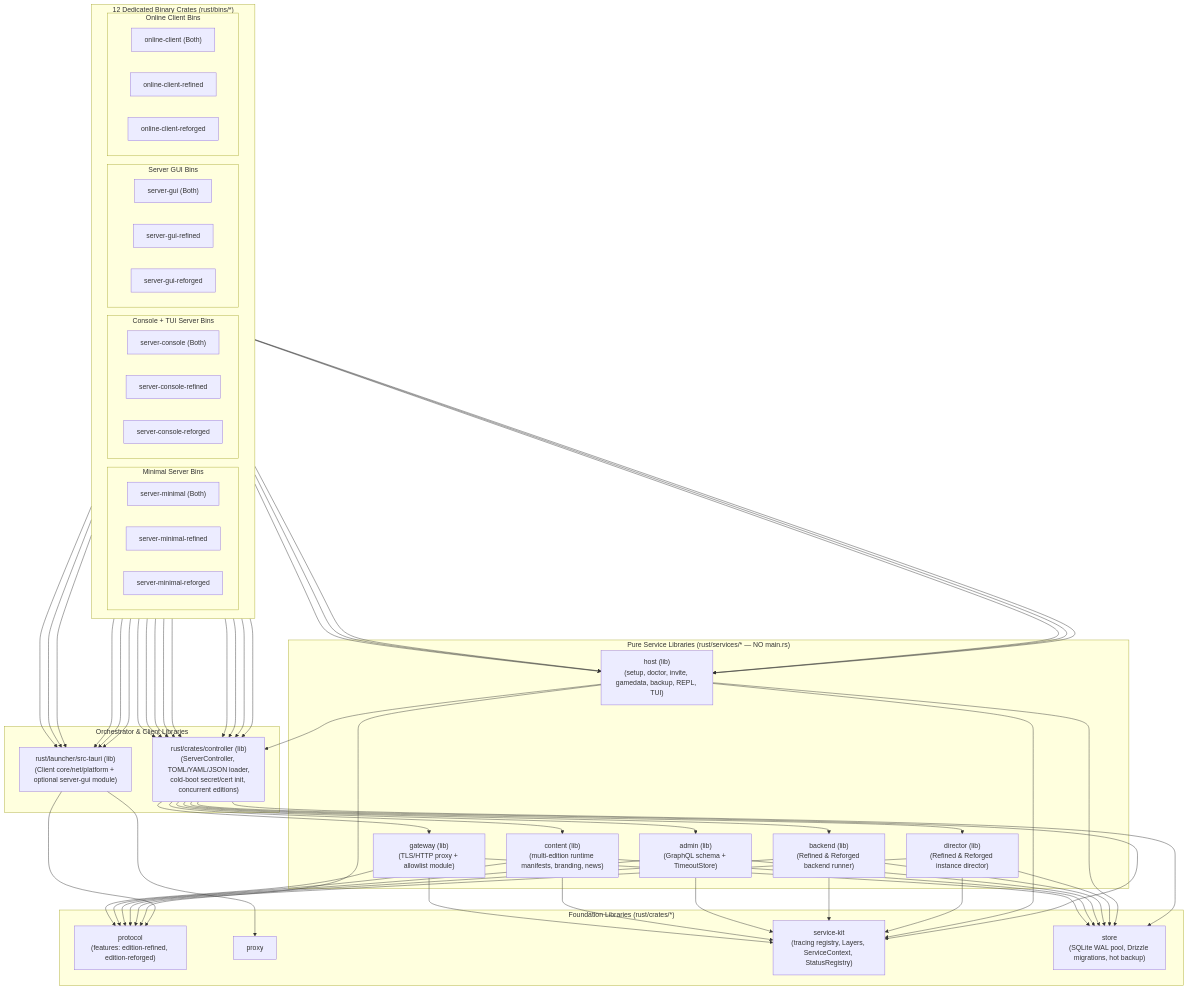
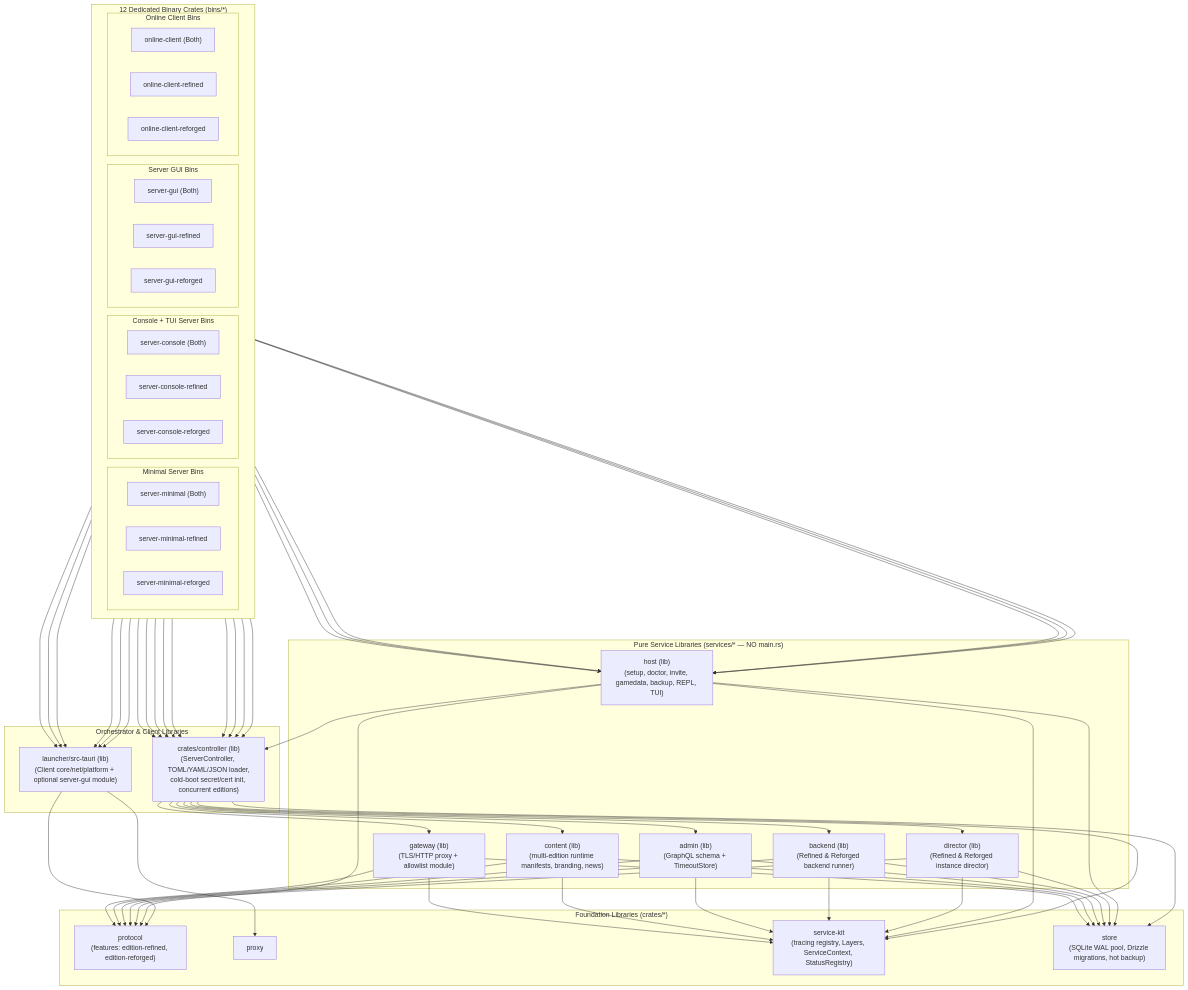
The first of 2 diagrams in docs/app-structure-plan.md (Dainty-Lass/Dainty-Lass), drawn with Mermaid before and after one commit. The commit also changed other lines of this file and 102 other files, not shown here.

````diff
--- a/docs/app-structure-plan.md
+++ b/docs/app-structure-plan.md
@@ -23,57 +23,57 @@
 ```mermaid
 flowchart TB
-    subgraph SharedCrates["Foundation Libraries (rust/crates/*)"]
+    subgraph SharedCrates["Foundation Libraries (crates/*)"]
         Protocol["protocol\n(features: edition-refined, edition-reforged)"]
         Proxy["proxy"]
         ServiceKit["service-kit\n(tracing registry, Layers, ServiceContext, StatusRegistry)"]
         Store["store\n(SQLite WAL pool, Drizzle migrations, hot backup)"]
     end
 
-    subgraph PureServiceLibs["Pure Service Libraries (rust/services/* — NO main.rs)"]
+    subgraph PureServiceLibs["Pure Service Libraries (services/* — NO main.rs)"]
         GW["gateway (lib)\n(TLS/HTTP proxy + allowlist module)"]
         CS["content (lib)\n(multi-edition runtime manifests, branding, news)"]
         AD["admin (lib)\n(GraphQL schema + TimeoutStore)"]
         BE["backend (lib)\n(Refined & Reforged backend runner)"]
         DR["director (lib)\n(Refined & Reforged instance director)"]
         HostLib["host (lib)\n(setup, doctor, invite, gamedata, backup, REPL, TUI)"]
     end
 
     subgraph CoreOrchestrators["Orchestrator & Client Libraries"]
-        Controller["rust/crates/controller (lib)\n(ServerController, TOML/YAML/JSON loader,\ncold-boot secret/cert init, concurrent editions)"]
-        LauncherLib["rust/launcher/src-tauri (lib)\n(Client core/net/platform + optional server-gui module)"]
+        Controller["crates/controller (lib)\n(ServerController, TOML/YAML/JSON loader,\ncold-boot secret/cert init, concurrent editions)"]
+        LauncherLib["launcher/src-tauri (lib)\n(Client core/net/platform + optional server-gui module)"]
     end
 
-    subgraph DedicatedBins["12 Dedicated Binary Crates (rust/bins/*)"]
+    subgraph DedicatedBins["12 Dedicated Binary Crates (bins/*)"]
         direction LR
         subgraph MinimalBins["Minimal Server Bins"]
             SM_B["server-minimal (Both)"]
             SM_R1["server-minimal-refined"]
             SM_R2["server-minimal-reforged"]
         end
         subgraph ConsoleBins["Console + TUI Server Bins"]
             SC_B["server-console (Both)"]
             SC_R1["server-console-refined"]
             SC_R2["server-console-reforged"]
         end
         subgraph GuiBins["Server GUI Bins"]
             SG_B["server-gui (Both)"]
             SG_R1["server-gui-refined"]
             SG_R2["server-gui-reforged"]
         end
         subgraph ClientBins["Online Client Bins"]
             OC_B["online-client (Both)"]
             OC_R1["online-client-refined"]
             OC_R2["online-client-reforged"]
         end
     end
 
     GW & CS & AD & BE & DR & HostLib --> ServiceKit & Protocol & Store
     Controller --> GW & CS & AD & BE & DR & ServiceKit & Store
     HostLib --> Controller
     LauncherLib --> Protocol & Proxy
 
     SM_B & SM_R1 & SM_R2 --> Controller
     SC_B & SC_R1 & SC_R2 --> Controller & HostLib
     SG_B & SG_R1 & SG_R2 --> LauncherLib & Controller & HostLib
     OC_B & OC_R1 & OC_R2 --> LauncherLib
 ```
````
